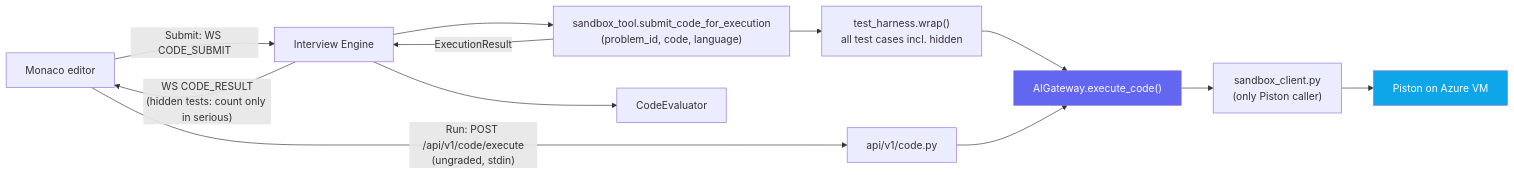
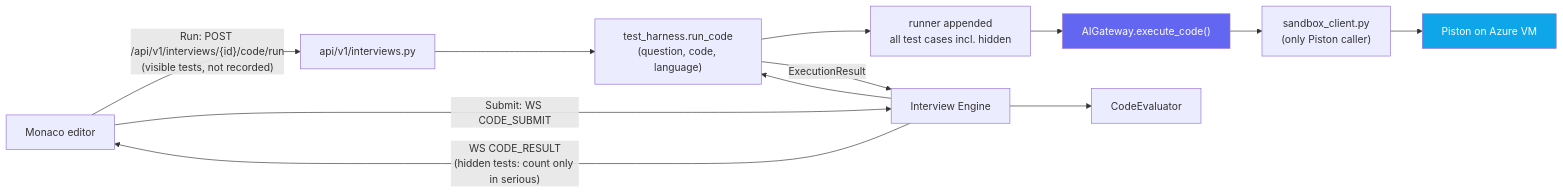
Before and after one commit to lovishmanchanda/Agentic-Interview-Coach: the tenth of 12 diagrams in docs/architecture.md, drawn with Mermaid. The commit also changed other lines of this file and 68 other files, not shown here.

Commit message:
Phase 4: live coding interviews (Piston, graded Python harness, code evaluator, Monaco) + security hardening

````diff
--- a/docs/architecture.md
+++ b/docs/architecture.md
@@ -1230,17 +1232,17 @@
 ```mermaid
 flowchart LR
-    FE["Monaco editor"] -- "Run: POST /api/v1/code/execute\n(ungraded, stdin)" --> CODE_API["api/v1/code.py"]
+    FE["Monaco editor"] -- "Run: POST /api/v1/interviews/{id}/code/run\n(visible tests, not recorded)" --> CODE_API["api/v1/interviews.py"]
     FE -- "Submit: WS CODE_SUBMIT" --> ENGINE["Interview Engine"]
-    ENGINE --> TOOL["sandbox_tool.submit_code_for_execution\n(problem_id, code, language)"]
-    TOOL --> HARNESS["test_harness.wrap()\nall test cases incl. hidden"]
+    ENGINE --> TOOL["test_harness.run_code\n(question, code, language)"]
+    CODE_API --> TOOL
+    TOOL --> HARNESS["runner appended\nall test cases incl. hidden"]
     HARNESS --> GW["AIGateway.execute_code()"]
-    CODE_API --> GW
     GW --> CLIENT["sandbox_client.py\n(only Piston caller)"]
     CLIENT --> PISTON["Piston on Azure VM"]
     TOOL -- "ExecutionResult" --> ENGINE
     ENGINE -- "WS CODE_RESULT\n(hidden tests: count only in serious)" --> FE
     ENGINE --> CODE_EVAL["CodeEvaluator"]
 
     style PISTON fill:#0ea5e9,color:#fff
     style GW fill:#6366f1,color:#fff
 ```
````
